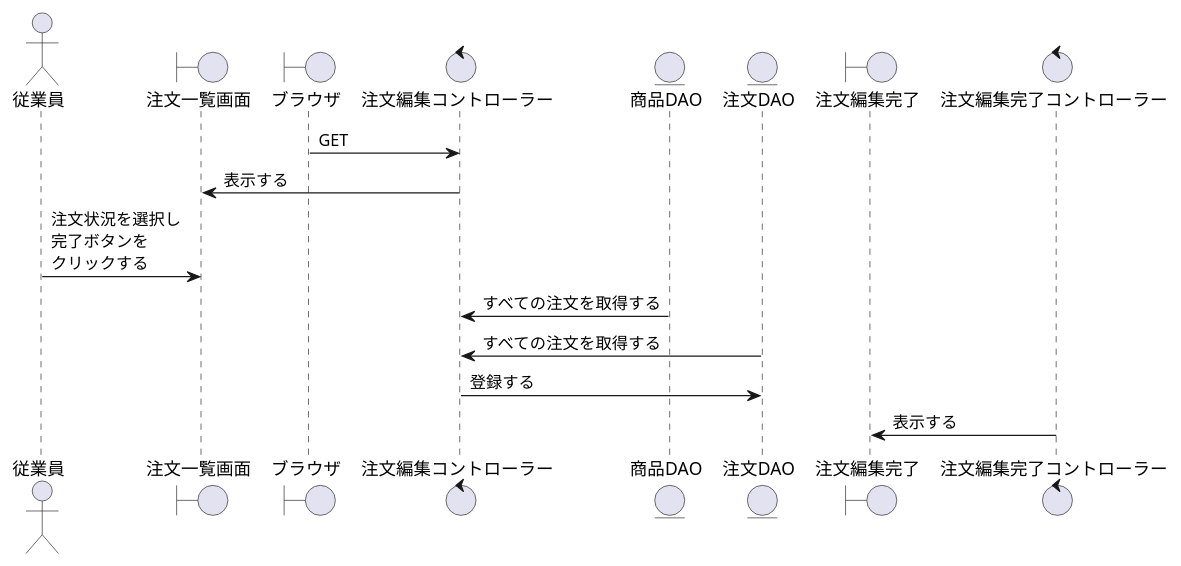
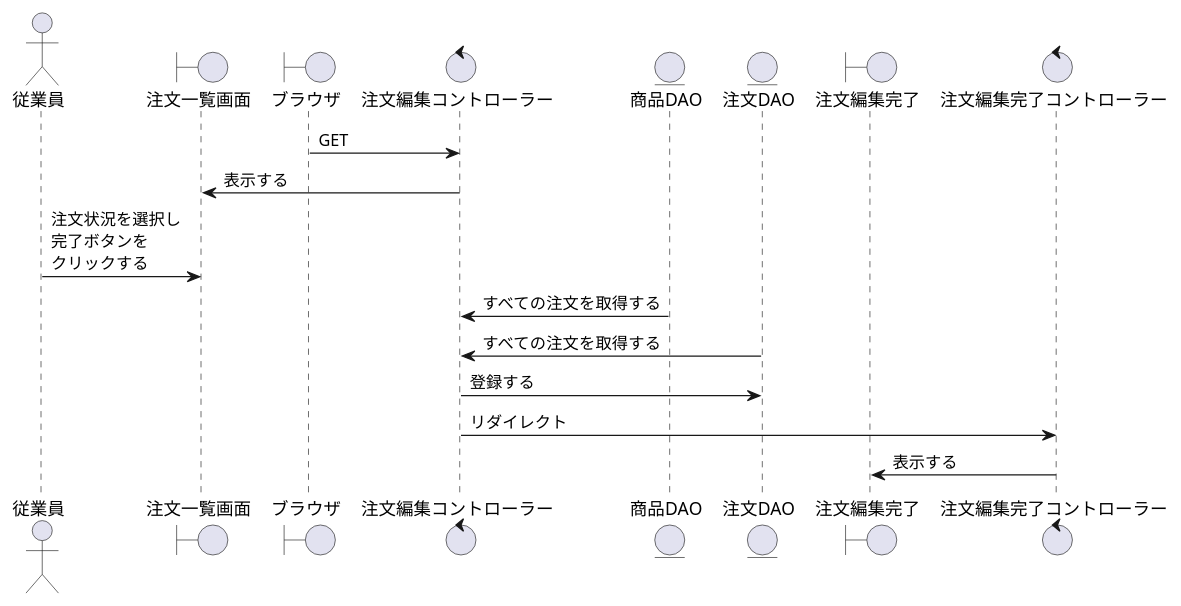
The diagram in BBショップ/注文編集.wsd (ysyk-wtnb16/team_D), drawn with PlantUML before and after one commit.

Commit message:
手直し

```diff
--- a/BBショップ/注文編集.wsd
+++ b/BBショップ/注文編集.wsd
@@ -1,30 +1,30 @@
 @startuml update
 ' ①縦軸の並び順を決める
 actor "従業員" as act
 boundary "注文一覧画面" as oeb
 ' コントローラーに初回アクセスするもの
 boundary "ブラウザ" as brz
 ' コントローラーまたはビューの名称を決める
 control "注文編集コントローラー" as oec
 ' DAOまたはモデルとなる
 
 entity "商品DAO" as pdt
 entity "注文DAO" as order
 
 boundary "注文編集完了" as oekb
 control "注文編集完了コントローラー" as oekc
 
 brz -> oec: GET
 
 oeb <- oec:表示する
 
 act -> oeb:注文状況を選択し\n完了ボタンを\nクリックする
 
 oec <- pdt:すべての注文を取得する
 oec <- order:すべての注文を取得する
 
 oec -> order: 登録する
-
+oec -> oekc:リダイレクト
 oekc -> oekb:表示する
 
 @enduml
```
